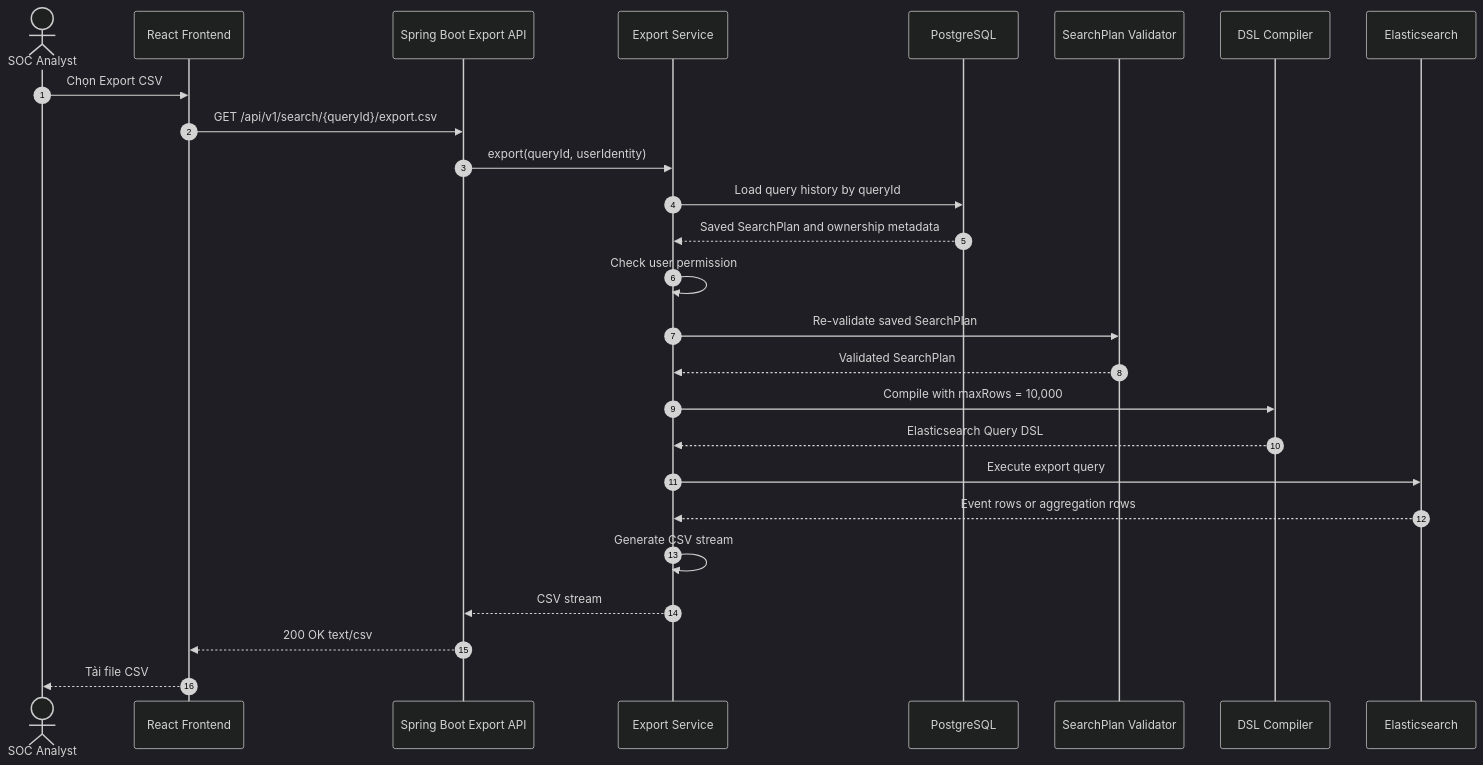
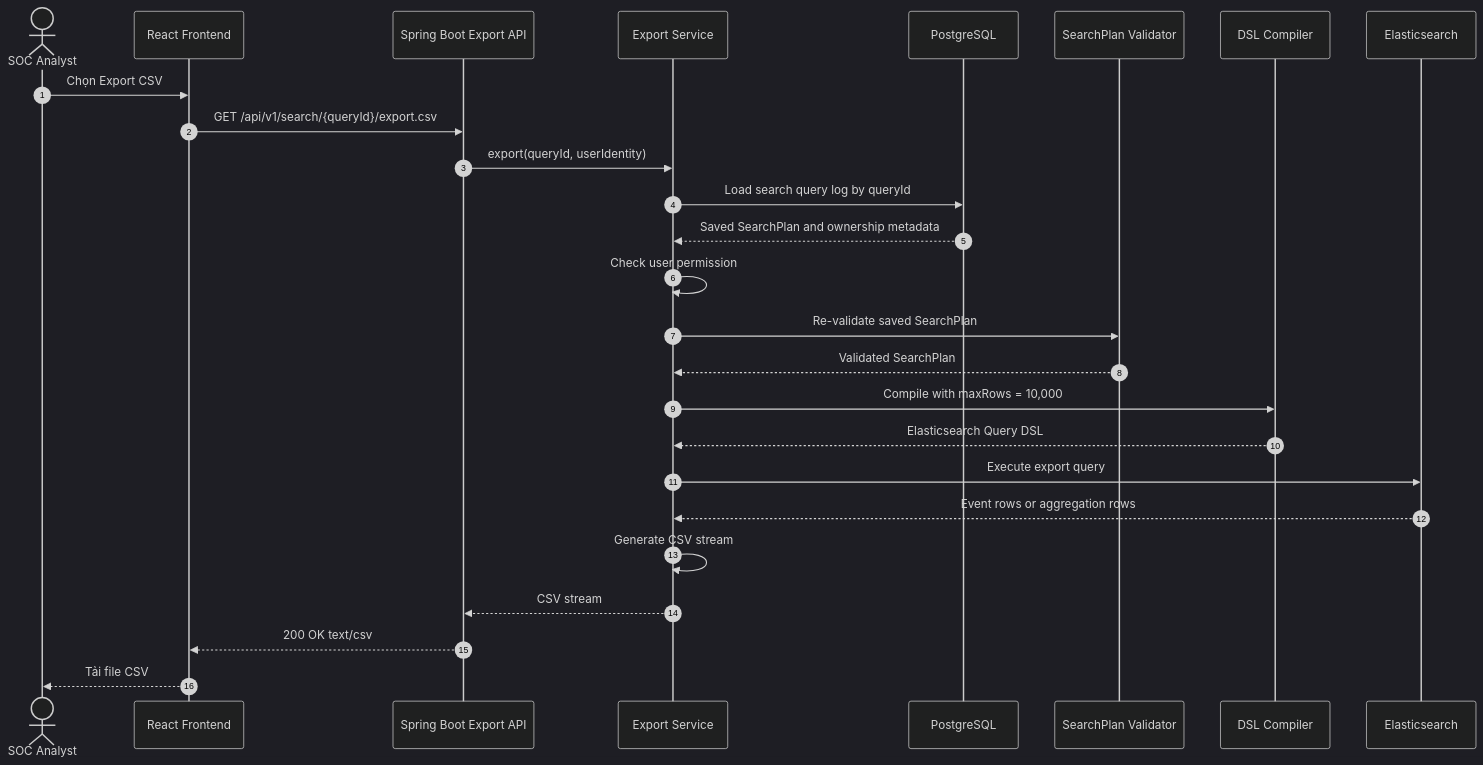
One commit to PhamVanMinhBinhThuan/soc-ai-search changed the eighth of 9 diagrams in docs/sequence-flow.md. Above: the diagram before and after it, drawn with Mermaid (dark theme). The commit also changed other lines of this file and 4 other files, not shown here.

````diff
--- a/docs/sequence-flow.md
+++ b/docs/sequence-flow.md
@@ -500,29 +498,29 @@
 ```mermaid
 sequenceDiagram
     autonumber
     actor User as SOC Analyst
     participant FE as React Frontend
     participant API as Spring Boot Export API
     participant Export as Export Service
     participant PG as PostgreSQL
     participant Guard as SearchPlan Validator
     participant DSL as DSL Compiler
     participant ES as Elasticsearch
 
     User->>FE: Chọn Export CSV
     FE->>API: GET /api/v1/search/{queryId}/export.csv
     API->>Export: export(queryId, userIdentity)
-    Export->>PG: Load query history by queryId
+    Export->>PG: Load search query log by queryId
     PG-->>Export: Saved SearchPlan and ownership metadata
     Export->>Export: Check user permission
     Export->>Guard: Re-validate saved SearchPlan
     Guard-->>Export: Validated SearchPlan
     Export->>DSL: Compile with maxRows = 10,000
     DSL-->>Export: Elasticsearch Query DSL
     Export->>ES: Execute export query
     ES-->>Export: Event rows or aggregation rows
     Export->>Export: Generate CSV stream
     Export-->>API: CSV stream
     API-->>FE: 200 OK text/csv
     FE-->>User: Tải file CSV
 ```
````
